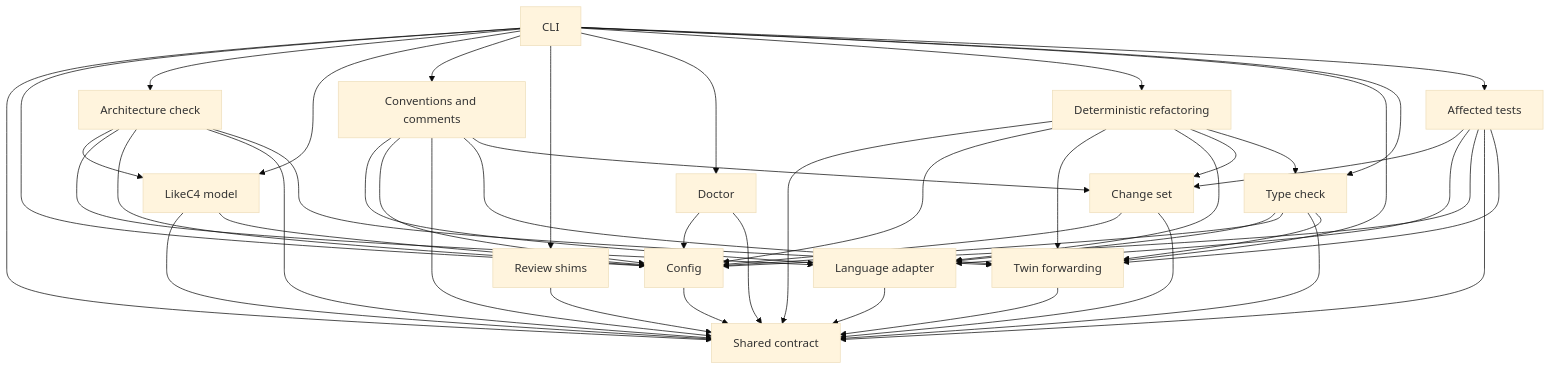
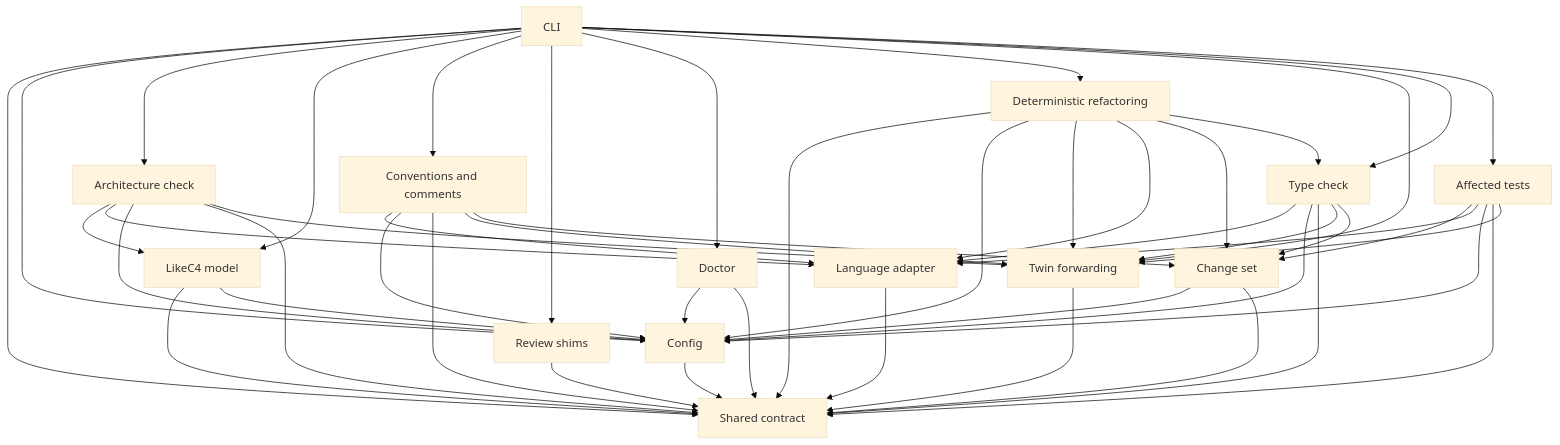
The first of 2 diagrams in architecture/system.arc42.md (MotleyAI/living-architecture), drawn with Mermaid (base theme) before and after one commit. The commit also changed other lines of this file and 23 other files, not shown here.

````diff
--- a/architecture/system.arc42.md
+++ b/architecture/system.arc42.md
@@ -13,64 +13,65 @@
 ```mermaid
 flowchart TD
   %% system: Living-architecture commands
   contract["Shared contract"]
   config["Config"]
   cli["CLI"]
   c4["LikeC4 model"]
   archcheck["Architecture check"]
   lang["Language adapter"]
   conventions["Conventions and comments"]
   review["Review shims"]
   doctor["Doctor"]
   refactor["Deterministic refactoring"]
   twin["Twin forwarding"]
   typecheck["Type check"]
   changes["Change set"]
   affected["Affected tests"]
   cli --> contract
   cli --> config
   cli --> archcheck
   cli --> c4
   cli --> conventions
   cli --> review
   cli --> doctor
   cli --> refactor
   archcheck --> c4
   archcheck --> lang
   archcheck --> config
   archcheck --> contract
   conventions --> lang
   conventions --> config
   conventions --> contract
   c4 --> contract
   c4 --> config
   config --> contract
   review --> contract
   doctor --> config
   doctor --> contract
   refactor --> contract
   cli --> twin
   archcheck --> twin
   twin --> contract
   cli --> typecheck
   typecheck --> lang
   typecheck --> config
   typecheck --> contract
   typecheck --> twin
+  typecheck --> changes
   conventions --> twin
   refactor --> config
   refactor --> twin
   cli --> affected
   affected --> changes
   affected --> lang
   affected --> config
   affected --> contract
   affected --> twin
   conventions --> changes
   changes --> config
   changes --> contract
   refactor --> lang
   refactor --> changes
   refactor --> typecheck
   lang --> contract
 ```
````
